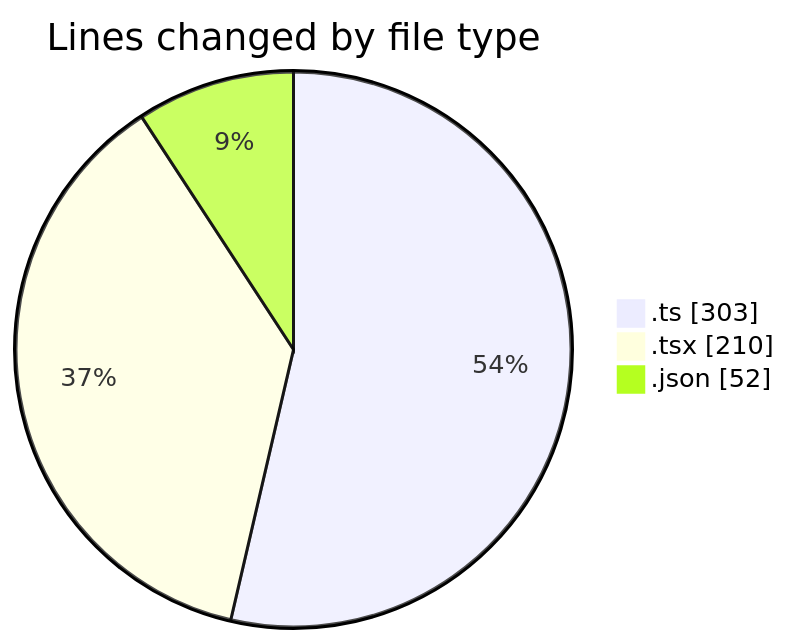
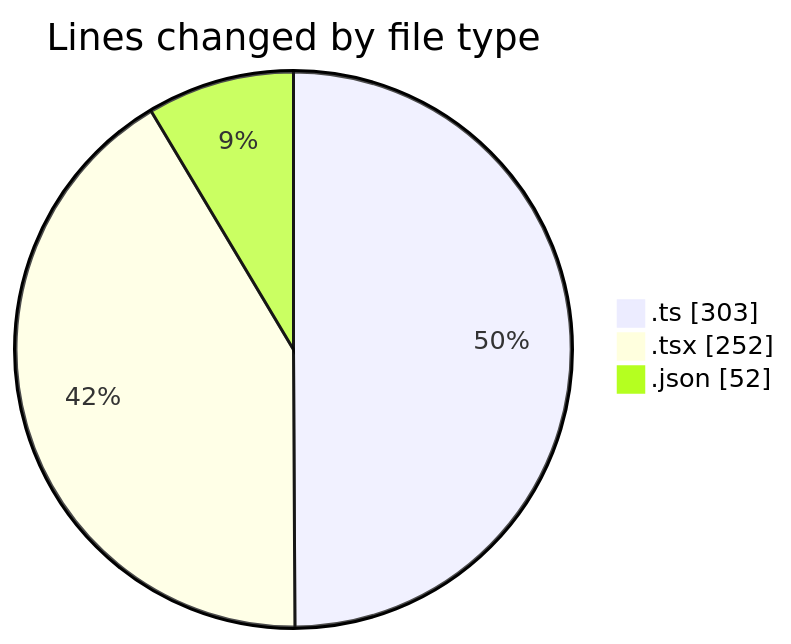
One commit to julien-gomy/code-tracking changed the first of 2 diagrams in 2025-11-24/eventscop-frontend-guide__workspace_/README.md. Above: the diagram before and after it, drawn with Mermaid. The commit also changed other lines of this file and 1 other file, not shown here.

````diff
--- a/2025-11-24/eventscop-frontend-guide__workspace_/README.md
+++ b/2025-11-24/eventscop-frontend-guide__workspace_/README.md
@@ -28,7 +29,7 @@
 ```mermaid
 pie showData
 title Lines changed by file type
 ".ts" : 303
-".tsx" : 210
+".tsx" : 252
 ".json" : 52
 ```
````
